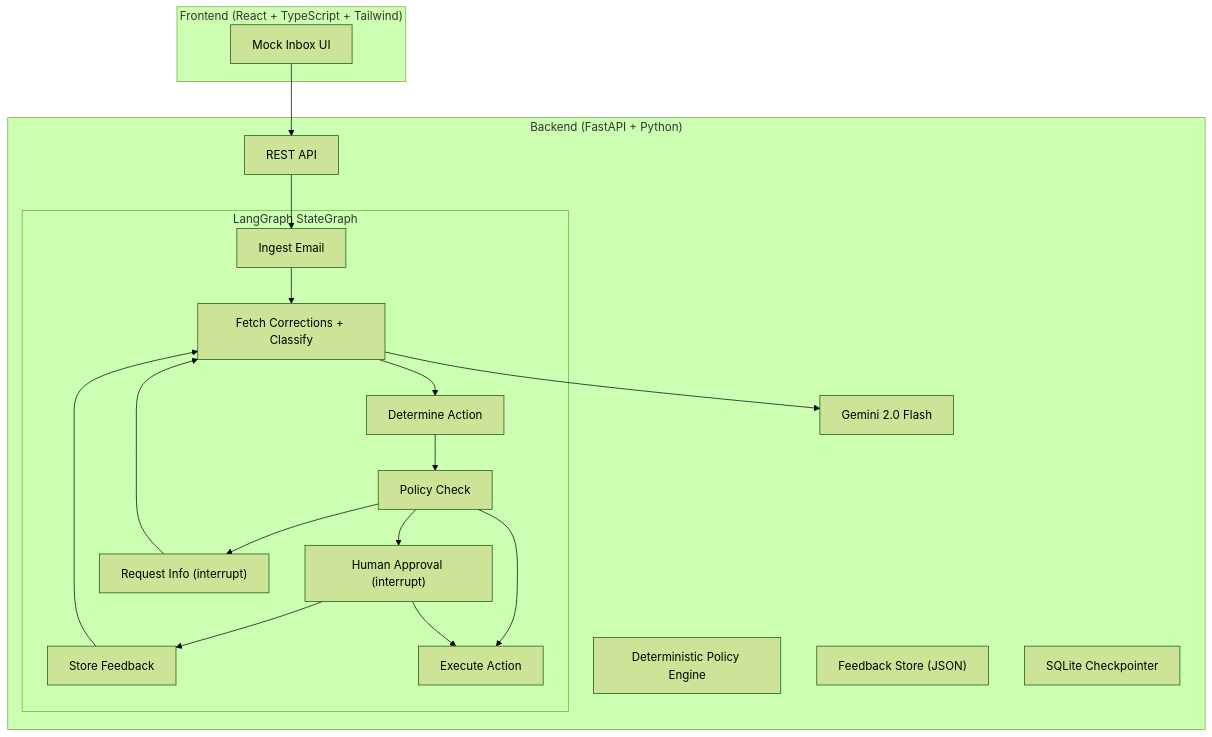
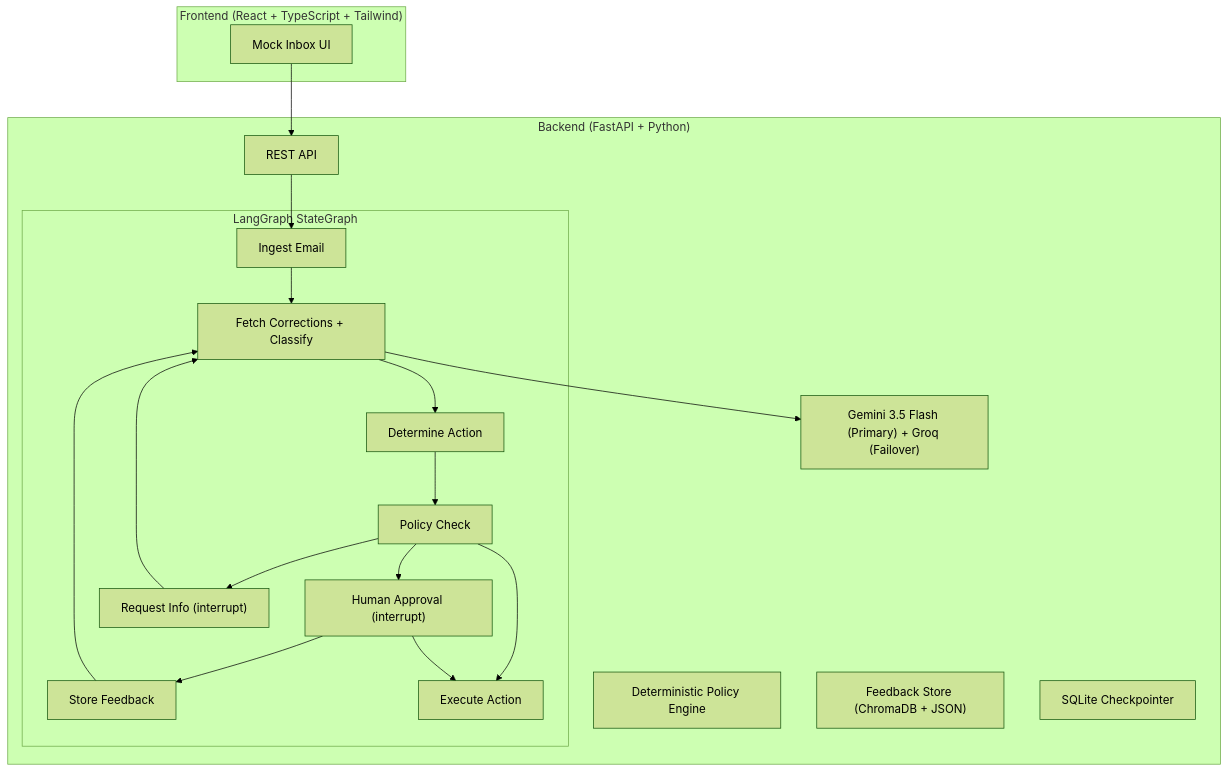
One commit to sharan1918/Notion-Press-POC changed the diagram in README.md. Above: the diagram before and after it, drawn with Mermaid (forest theme). The commit also changed other lines of this file, not shown here.

Commit message:
docs(readme): update architecture diagram and documentation references

````diff
--- a/README.md
+++ b/README.md
@@ -11,38 +11,38 @@
 ```mermaid
 graph TD
     subgraph Frontend ["Frontend (React + TypeScript + Tailwind)"]
         UI["Mock Inbox UI"]
     end
 
     subgraph Backend ["Backend (FastAPI + Python)"]
         API["REST API"]
         Policy["Deterministic Policy Engine"]
         subgraph LG ["LangGraph StateGraph"]
             Ingest["Ingest Email"]
             FetchClassify["Fetch Corrections + Classify"]
             Action["Determine Action"]
             PolicyCheck["Policy Check"]
             HumanApproval["Human Approval (interrupt)"]
             RequestInfo["Request Info (interrupt)"]
             StoreFeedback["Store Feedback"]
             Execute["Execute Action"]
         end
-        FeedbackStore["Feedback Store (JSON)"]
+        FeedbackStore["Feedback Store (ChromaDB + JSON)"]
         SQLite["SQLite Checkpointer"]
-        Gemini["Gemini 2.0 Flash"]
+        Gemini["Gemini 3.5 Flash (Primary) + Groq (Failover)"]
     end
 
     UI --> API
     API --> Ingest
     Ingest --> FetchClassify
     FetchClassify --> Gemini
     FetchClassify --> Action
     Action --> PolicyCheck
     PolicyCheck --> Execute
     PolicyCheck --> HumanApproval
     PolicyCheck --> RequestInfo
     HumanApproval --> Execute
     HumanApproval --> StoreFeedback
     StoreFeedback --> FetchClassify
     RequestInfo --> FetchClassify
 ```
````
